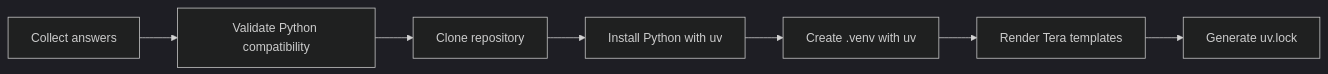
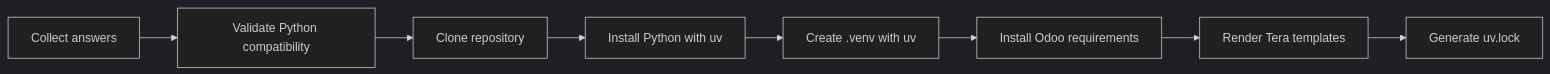
One commit to HanZawNyein/odoo_developer_kit changed the diagram in docs/create.md. Above: the diagram before and after it, drawn with Mermaid (dark theme). The commit also changed other lines of this file and 4 other files, not shown here.

````diff
--- a/docs/create.md
+++ b/docs/create.md
@@ -62,9 +59,10 @@
 ```mermaid
 flowchart LR
     A[Collect answers] --> B[Validate Python compatibility]
     B --> C[Clone repository]
     C --> D[Install Python with uv]
     D --> E[Create .venv with uv]
-    E --> F[Render Tera templates]
-    F --> G[Generate uv.lock]
+    E --> F[Install Odoo requirements]
+    F --> G[Render Tera templates]
+    G --> H[Generate uv.lock]
 ```
````
